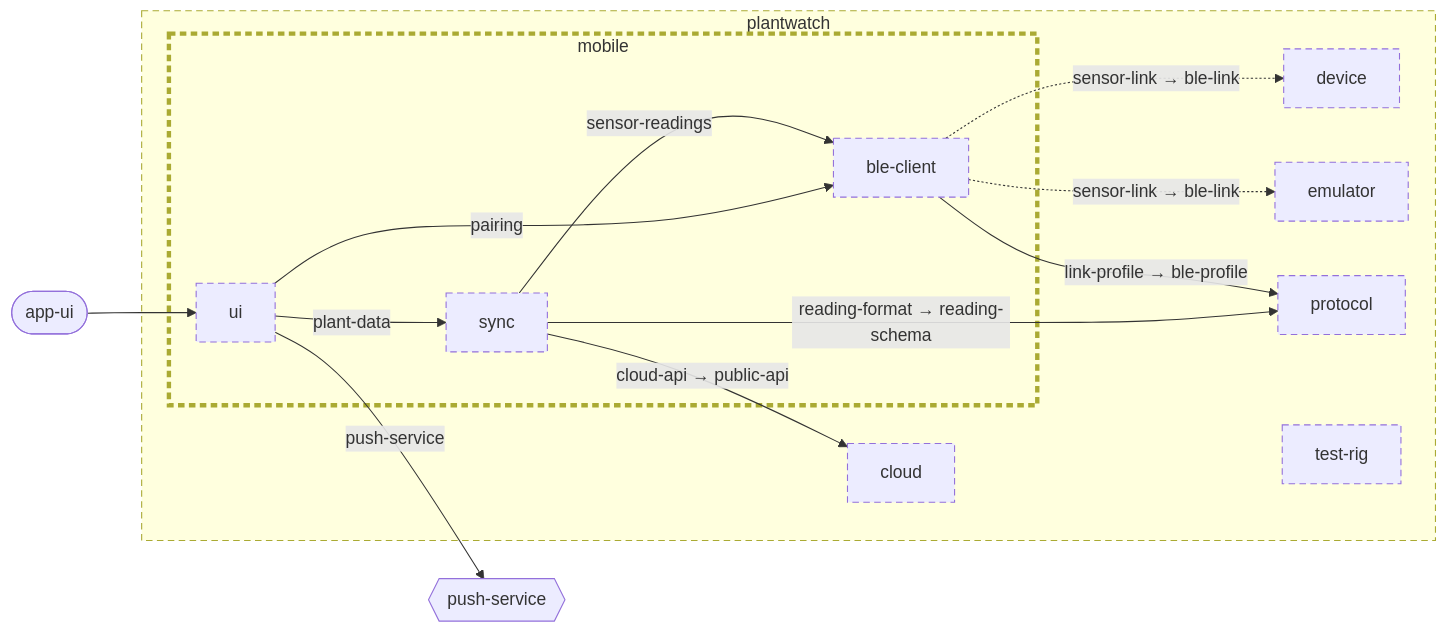
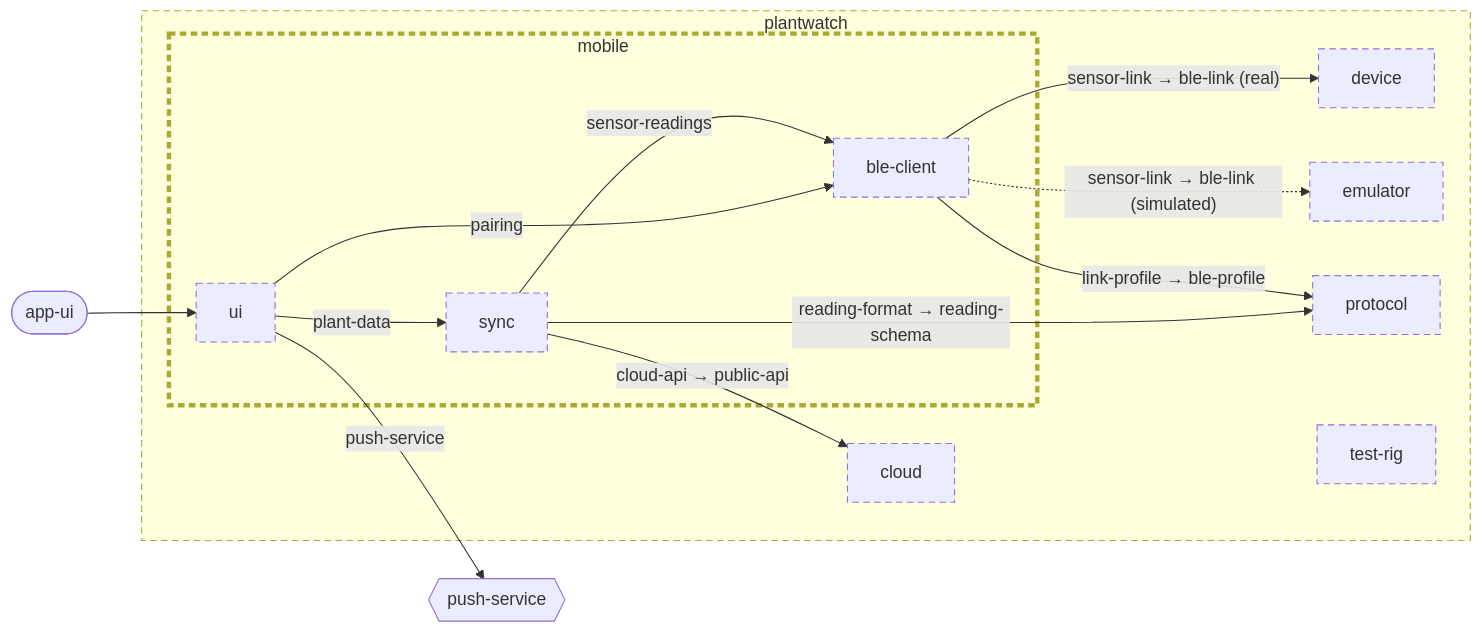
The diagram in examples/plantwatch/mobile/doc/diagrams/architecture.md (wackazong/unifold), drawn with Mermaid before and after one commit. The commit also changed other lines of this file and 330 other files, not shown here.

````diff
--- a/examples/plantwatch/mobile/doc/diagrams/architecture.md
+++ b/examples/plantwatch/mobile/doc/diagrams/architecture.md
@@ -8,39 +8,32 @@
 ```mermaid
 flowchart LR
   subgraph u_root["plantwatch"]
     u_cloud["cloud"]
     u_device["device"]
     u_emulator["emulator"]
     subgraph u_mobile["mobile"]
-      u_mobile_ble_client["ble-client"]
-      u_mobile_sync["sync"]
-      u_mobile_ui["ui"]
+      u_mobile__ble_dclient["ble-client"]
+      u_mobile__sync["sync"]
+      u_mobile__ui["ui"]
     end
     u_protocol["protocol"]
-    u_test_rig["test-rig"]
+    u_test_drig["test-rig"]
   end
-  p_root_app_ui(["app-ui"])
-  n_root_push_service{{"push-service"}}
-  p_root_app_ui --> u_mobile_ui
-  u_mobile_ble_client -->|"link-profile → ble-profile"| u_protocol
-  u_mobile_sync -->|"reading-format → reading-schema"| u_protocol
-  u_mobile_ble_client -.->|"sensor-link → ble-link"| u_device
-  u_mobile_ble_client -.->|"sensor-link → ble-link"| u_emulator
-  u_mobile_sync -->|"cloud-api → public-api"| u_cloud
-  u_mobile_ui -->|"push-service"| n_root_push_service
-  u_mobile_sync -->|"sensor-readings"| u_mobile_ble_client
-  u_mobile_ui -->|"plant-data"| u_mobile_sync
-  u_mobile_ui -->|"pairing"| u_mobile_ble_client
-  click u_cloud href "../../../cloud/README.md"
-  click u_device href "../../../device/README.md"
-  click u_emulator href "../../../emulator/README.md"
-  click u_mobile_ble_client href "../../ble-client/README.md"
-  click u_mobile_sync href "../../sync/README.md"
-  click u_mobile_ui href "../../ui/README.md"
-  click u_protocol href "../../../protocol/README.md"
-  click u_test_rig href "../../../test-rig/README.md"
+  p_root___app_dui(["app-ui"])
+  n_root___push_dservice{{"push-service"}}
+  p_root___app_dui --> u_mobile__ui
+  u_mobile__ble_dclient -->|"sensor-link → ble-link (real)"| u_device
+  u_mobile__ble_dclient -.->|"sensor-link → ble-link (simulated)"| u_emulator
+  u_mobile__sync -->|"cloud-api → public-api"| u_cloud
+  u_mobile__ui -->|"push-service"| n_root___push_dservice
+  u_mobile__ble_dclient -->|"link-profile → ble-profile"| u_protocol
+  u_mobile__sync -->|"reading-format → reading-schema"| u_protocol
+  u_mobile__sync -->|"sensor-readings"| u_mobile__ble_dclient
+  u_mobile__ui -->|"plant-data"| u_mobile__sync
+  u_mobile__ui -->|"pairing"| u_mobile__ble_dclient
   classDef focus stroke-width:4px
   classDef planned stroke-dasharray:6 4
-  class u_root,u_cloud,u_device,u_emulator,u_mobile,u_mobile_ble_client,u_mobile_sync,u_mobile_ui,u_protocol,u_test_rig planned
+  classDef plain stroke-dasharray:2 3
+  class u_root,u_cloud,u_device,u_emulator,u_mobile,u_mobile__ble_dclient,u_mobile__sync,u_mobile__ui,u_protocol,u_test_drig planned
   class u_mobile focus
 ```
````
